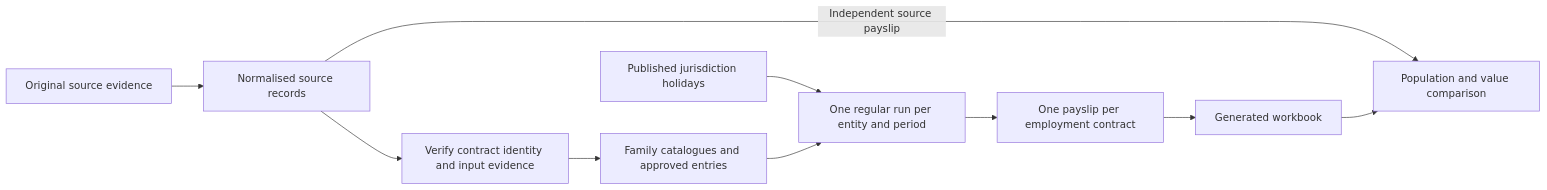
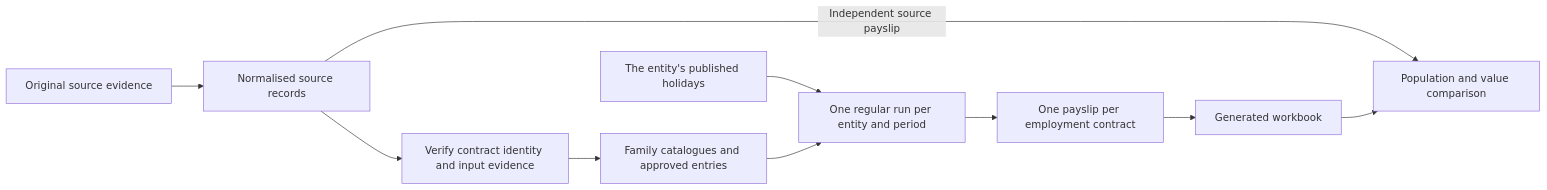
One commit to norbital-ai/templates changed the diagram in hr-payroll/docs/data.md. Above: the diagram before and after it, drawn with Mermaid. The commit also changed other lines of this file and 82 other files, not shown here.

First line of the commit message:
HR payroll: holidays belong to the entity, and a run can leave somebody out

````diff
--- a/hr-payroll/docs/data.md
+++ b/hr-payroll/docs/data.md
@@ -5,12 +5,12 @@
 ```mermaid
 flowchart LR
   RAW["Original source evidence"] --> CLEAN["Normalised source records"]
   CLEAN --> REVIEW["Verify contract identity and input evidence"]
   REVIEW --> INPUT["Family catalogues and approved entries"]
-  HOLIDAY["Published jurisdiction holidays"] --> RUN
+  HOLIDAY["The entity's published holidays"] --> RUN
   INPUT --> RUN["One regular run per entity and period"]
   RUN --> OUT["One payslip per employment contract"]
   OUT --> EXPORT["Generated workbook"]
   CLEAN -->|"Independent source payslip"| COMPARE["Population and value comparison"]
   EXPORT --> COMPARE
 ```
````
